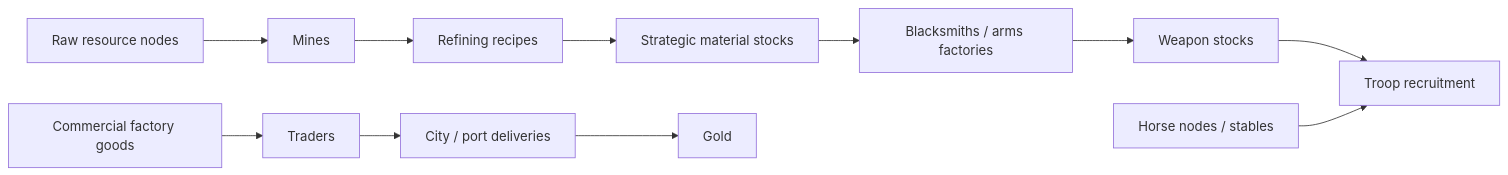
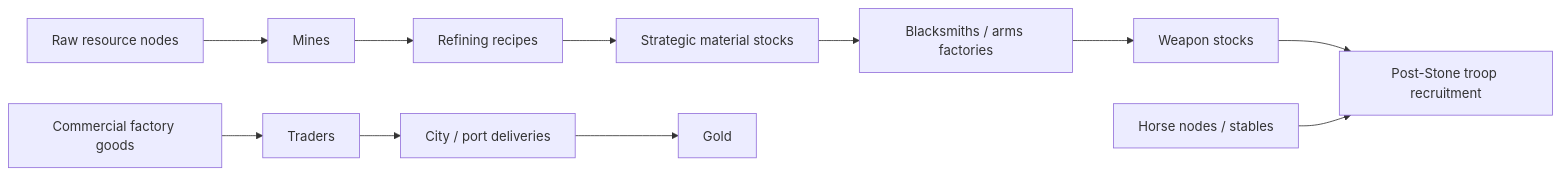
Before and after one commit to ELDamien3570/AgeOfFronts: the diagram in .codex/plans/strategic-resources.md, drawn with Mermaid. The commit also changed other lines of this file and 2611 other files, not shown here.

````diff
--- a/.codex/plans/strategic-resources.md
+++ b/.codex/plans/strategic-resources.md
@@ -81,13 +84,13 @@
 ```mermaid
 flowchart LR
     N[Raw resource nodes] --> M[Mines]
     M --> R[Refining recipes]
     R --> W[Strategic material stocks]
     W --> P[Blacksmiths / arms factories]
     P --> E[Weapon stocks]
-    E --> U[Troop recruitment]
+    E --> U[Post-Stone troop recruitment]
     H[Horse nodes / stables] --> U
     C[Commercial factory goods] --> T[Traders]
     T --> D[City / port deliveries]
     D --> G[Gold]
 ```
````
